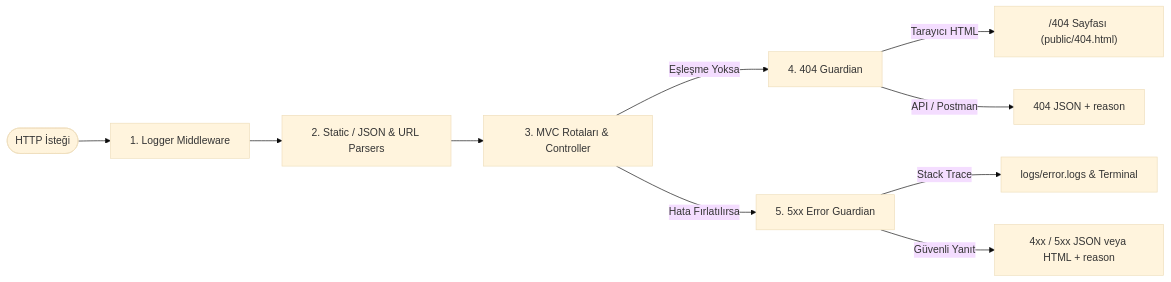
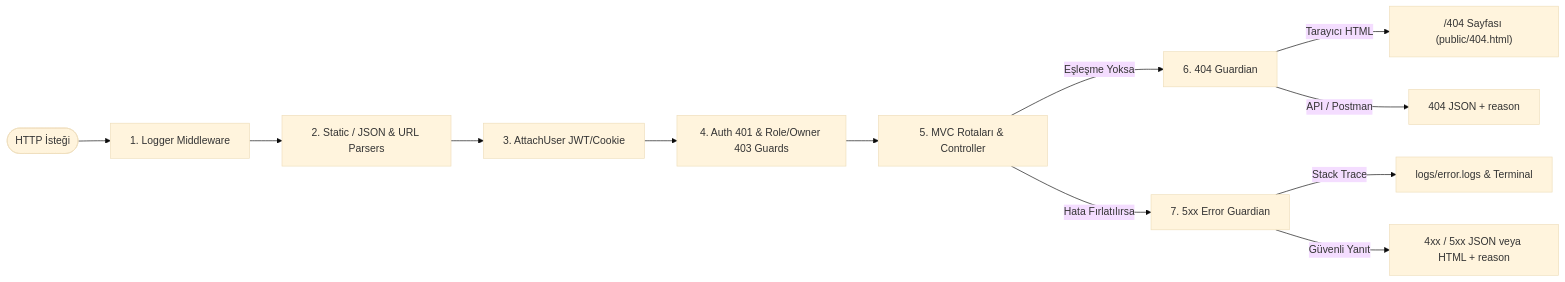
One commit to ADNARAGORN/alumni changed the second of 3 diagrams in README.md. Above: the diagram before and after it, drawn with Mermaid (base theme). The commit also changed other lines of this file and 43 other files, not shown here.

Commit message:
feat(auth): implement JWT authentication, RBAC middleware, admin panel, dynamic nav, user profile pages and docs

````diff
--- a/README.md
+++ b/README.md
@@ -83,12 +83,14 @@
 ```mermaid
 flowchart LR
     Req([HTTP İsteği]) --> Logger[1. Logger Middleware]
     Logger --> Parsers[2. Static / JSON & URL Parsers]
-    Parsers --> Routes[3. MVC Rotaları & Controller]
-    Routes -->|Eşleşme Yoksa| Guardian404[4. 404 Guardian]
+    Parsers --> Attach[3. AttachUser JWT/Cookie]
+    Attach --> Guards[4. Auth 401 & Role/Owner 403 Guards]
+    Guards --> Routes[5. MVC Rotaları & Controller]
+    Routes -->|Eşleşme Yoksa| Guardian404[6. 404 Guardian]
     Guardian404 -->|Tarayıcı HTML| Redirect404["/404 Sayfası (public/404.html)"]
     Guardian404 -->|API / Postman| Json404["404 JSON + reason"]
-    Routes -->|Hata Fırlatılırsa| Guardian5xx[5. 5xx Error Guardian]
+    Routes -->|Hata Fırlatılırsa| Guardian5xx[7. 5xx Error Guardian]
     Guardian5xx -->|Stack Trace| FileLog["logs/error.logs & Terminal"]
     Guardian5xx -->|Güvenli Yanıt| SafeRes["4xx / 5xx JSON veya HTML + reason"]
 ```
````
